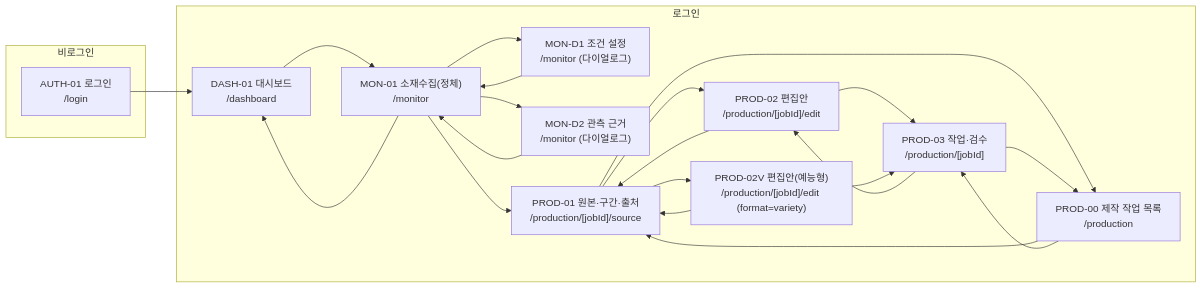
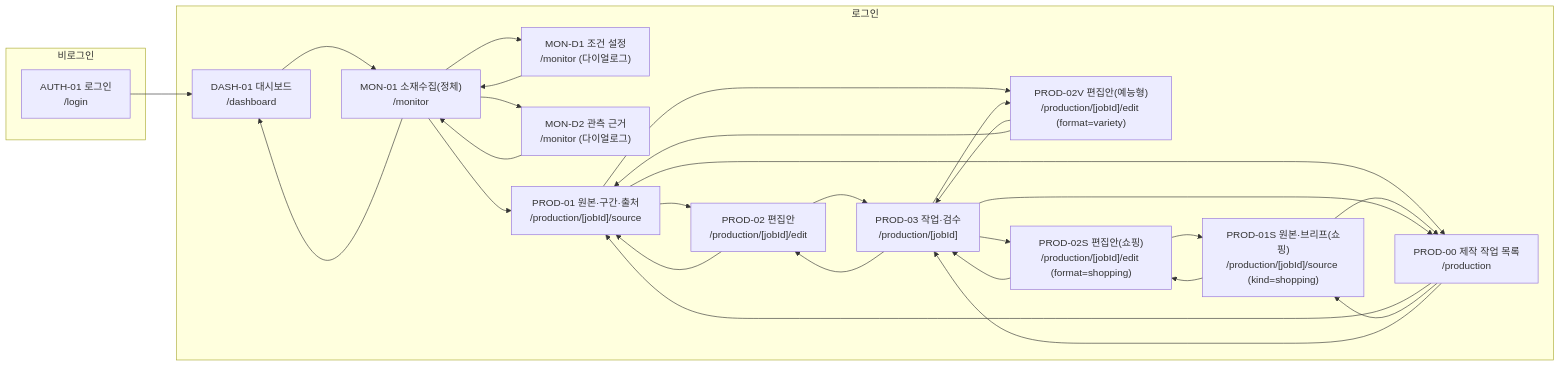
Before and after one commit to DevOps0906/Nomadroom-Studio: the diagram in docs/diagrams/sitemap.mmd, drawn with Mermaid. The commit also changed 44 other files, not shown here.

```diff
--- a/docs/diagrams/sitemap.mmd
+++ b/docs/diagrams/sitemap.mmd
@@ -1,34 +1,43 @@
 flowchart LR
   subgraph g0["비로그인"]
     n_AUTH_01["AUTH-01 로그인<br/>/login"]
   end
   subgraph g1["로그인"]
     n_DASH_01["DASH-01 대시보드<br/>/dashboard"]
     n_MON_01["MON-01 소재수집(정체)<br/>/monitor"]
     n_MON_D1["MON-D1 조건 설정<br/>/monitor (다이얼로그)"]
     n_MON_D2["MON-D2 관측 근거<br/>/monitor (다이얼로그)"]
     n_PROD_00["PROD-00 제작 작업 목록<br/>/production"]
     n_PROD_01["PROD-01 원본·구간·출처<br/>/production/[jobId]/source"]
     n_PROD_02["PROD-02 편집안<br/>/production/[jobId]/edit"]
     n_PROD_02V["PROD-02V 편집안(예능형)<br/>/production/[jobId]/edit (format=variety)"]
+    n_PROD_01S["PROD-01S 원본·브리프(쇼핑)<br/>/production/[jobId]/source (kind=shopping)"]
+    n_PROD_02S["PROD-02S 편집안(쇼핑)<br/>/production/[jobId]/edit (format=shopping)"]
     n_PROD_03["PROD-03 작업·검수<br/>/production/[jobId]"]
   end
   n_AUTH_01 --> n_DASH_01
   n_DASH_01 --> n_MON_01
   n_MON_01 --> n_MON_D1
   n_MON_01 --> n_MON_D2
   n_MON_01 --> n_DASH_01
   n_MON_01 --> n_PROD_01
   n_MON_D1 --> n_MON_01
   n_MON_D2 --> n_MON_01
   n_PROD_00 --> n_PROD_01
+  n_PROD_00 --> n_PROD_01S
   n_PROD_00 --> n_PROD_03
   n_PROD_01 --> n_PROD_02
   n_PROD_01 --> n_PROD_02V
   n_PROD_01 --> n_PROD_00
   n_PROD_02 --> n_PROD_03
   n_PROD_02 --> n_PROD_01
   n_PROD_02V --> n_PROD_03
   n_PROD_02V --> n_PROD_01
+  n_PROD_01S --> n_PROD_02S
+  n_PROD_01S --> n_PROD_00
+  n_PROD_02S --> n_PROD_03
+  n_PROD_02S --> n_PROD_01S
   n_PROD_03 --> n_PROD_02
+  n_PROD_03 --> n_PROD_02V
+  n_PROD_03 --> n_PROD_02S
   n_PROD_03 --> n_PROD_00
```
